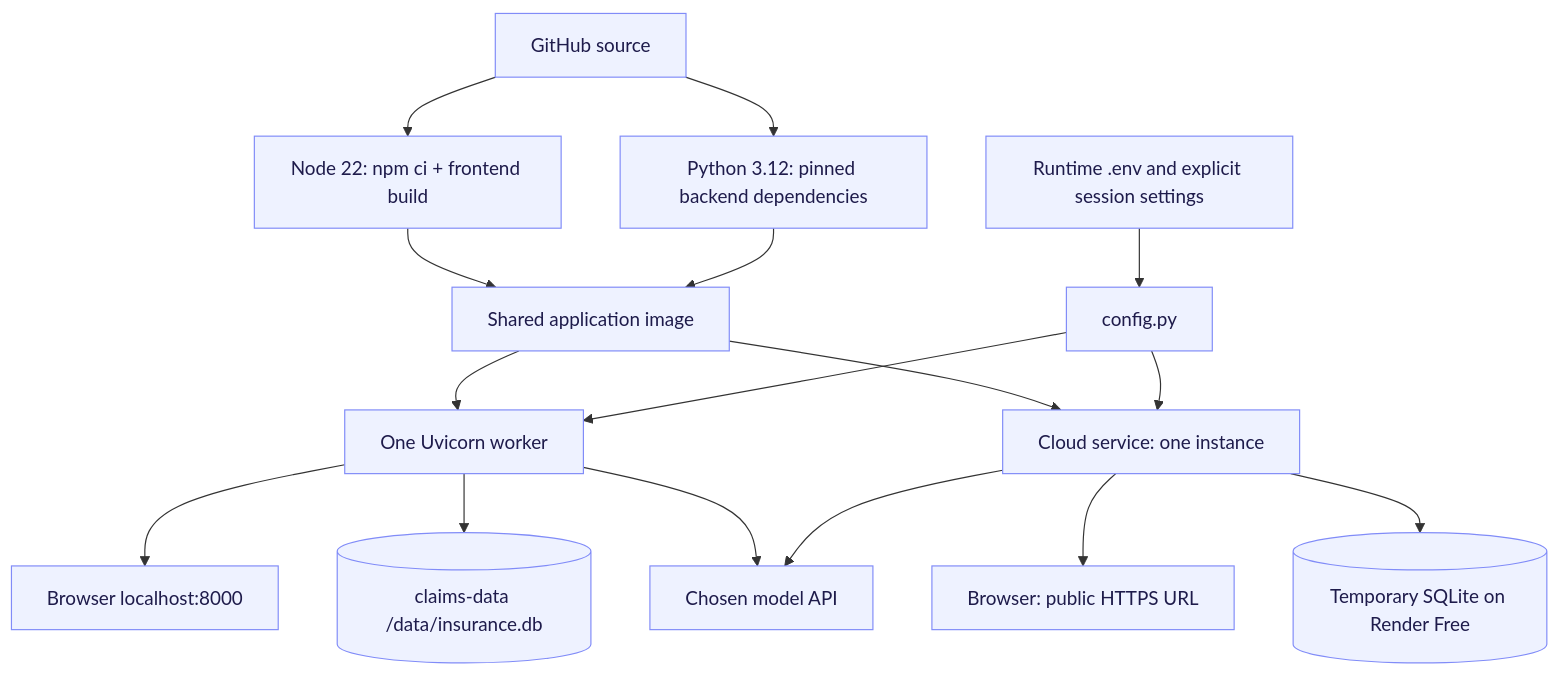
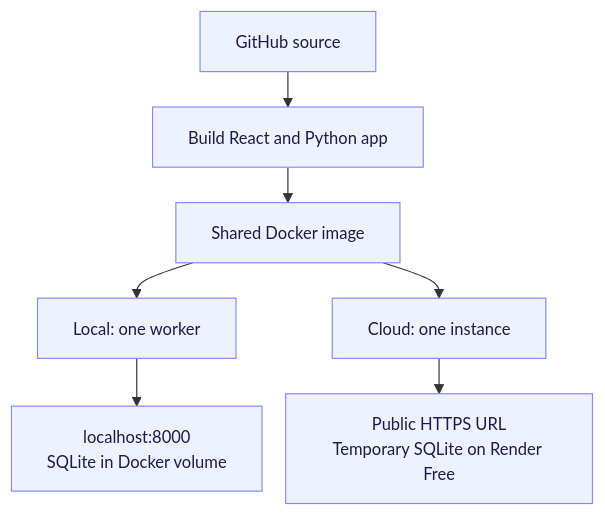
The tenth of 10 diagrams in docs/architecture.md (XinhaoTheo/insurance-claims-sop-agent), drawn with Mermaid before and after one commit. The commit also changed other lines of this file and 1 other file, not shown here.

Commit message:
docs: fit diagrams to page width

````diff
--- a/docs/architecture.md
+++ b/docs/architecture.md
@@ -216,20 +216,12 @@
 ```mermaid
+%%{init: {"flowchart": {"nodeSpacing": 20, "rankSpacing": 30}, "themeVariables": {"fontSize": "14px"}}}%%
 flowchart TD
-    Source["GitHub source"] --> Node["Node 22: npm ci + frontend build"]
-    Source --> Python["Python 3.12: pinned backend dependencies"]
-    Node --> Image["Shared application image"]
-    Python --> Image
-    Image --> Container["One Uvicorn worker"]
-    Env["Runtime .env and explicit session settings"] --> Config["config.py"]
-    Config --> Container
-    Container --> UI["Browser localhost:8000"]
-    Image --> Cloud["Cloud service: one instance"]
-    Cloud --> URL["Browser: public HTTPS URL"]
-    Container --> Volume[("claims-data /data/insurance.db")]
-    Container --> Model["Chosen model API"]
-    Config --> Cloud
-    Cloud --> Temporary[("Temporary SQLite on Render Free")]
-    Cloud --> Model
+    Source["GitHub source"] --> Build["Build React and Python app"]
+    Build --> Image["Shared Docker image"]
+    Image --> Local["Local: one worker"]
+    Image --> Cloud["Cloud: one instance"]
+    Local --> DetailsLocal["localhost:8000<br/>SQLite in Docker volume"]
+    Cloud --> DetailsCloud["Public HTTPS URL<br/>Temporary SQLite on Render Free"]
 
     classDef default fill:#eef2ff,stroke:#818cf8,color:#1e1b4b;
 ```
````
